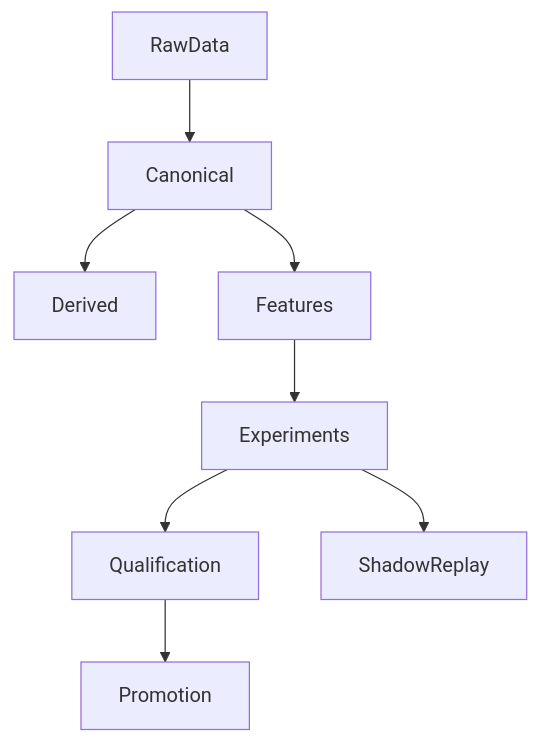
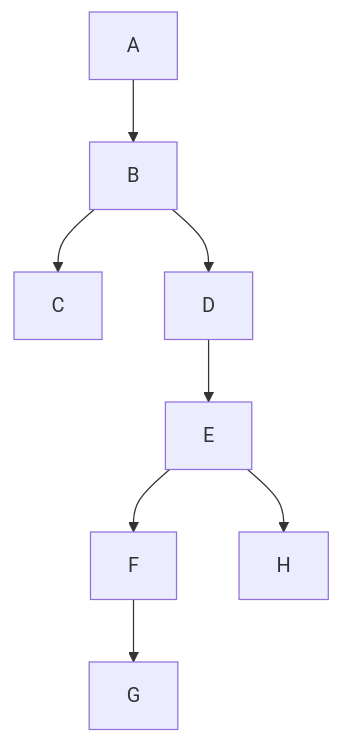
One commit to skyliquid22/Quanto changed the second of 3 diagrams in README.md. Above: the diagram before and after it, drawn with Mermaid. The commit also changed other lines of this file, not shown here.

Commit message:
fix: use unlabeled mermaid nodes with legends

````diff
--- a/README.md
+++ b/README.md
@@ -53,10 +57,10 @@
 ```mermaid
-graph TB
-    A[RawData]-->B[Canonical]
-    B-->C[Derived]
-    B-->D[Features]
-    D-->E[Experiments]
-    E-->F[Qualification]
-    F-->G[Promotion]
-    E-->H[ShadowReplay]
+graph TB;
+    A-->B;
+    B-->C;
+    B-->D;
+    D-->E;
+    E-->F;
+    F-->G;
+    E-->H;
 ```
````
